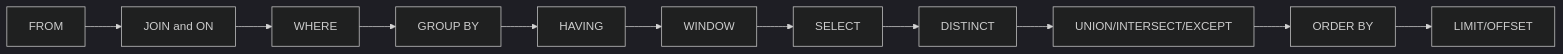
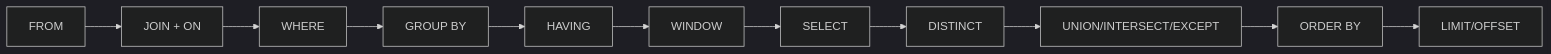
One commit to mandoobox/mandoobox.github.io changed diagram 14 of 54 in _posts/cs-note/2026-02-27-database.md. Above: the diagram before and after it, drawn with Mermaid (dark theme). The commit also changed other lines of this file and 18 other files, not shown here.

````diff
--- a/_posts/cs-note/2026-02-27-database.md
+++ b/_posts/cs-note/2026-02-27-database.md
@@ -433,13 +431,13 @@
 ```mermaid
 flowchart LR
-  F[FROM] --> J["JOIN and ON"]
+  F[FROM] --> J["JOIN + ON"]
   J --> W[WHERE]
   W --> G[GROUP BY]
   G --> H[HAVING]
   H --> WIN[WINDOW]
   WIN --> S[SELECT]
   S --> D[DISTINCT]
   D --> U["UNION/INTERSECT/EXCEPT"]
   U --> O[ORDER BY]
   O --> L["LIMIT/OFFSET"]
 ```
````
